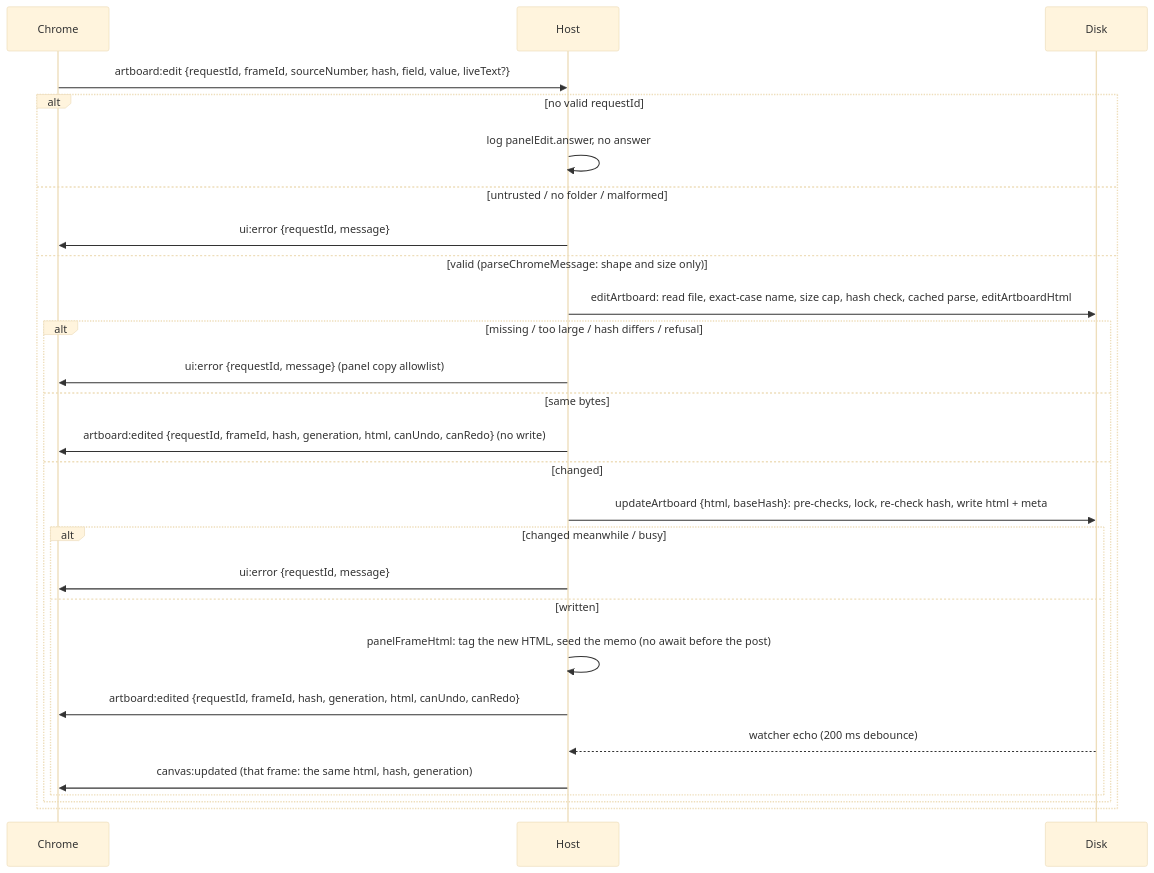
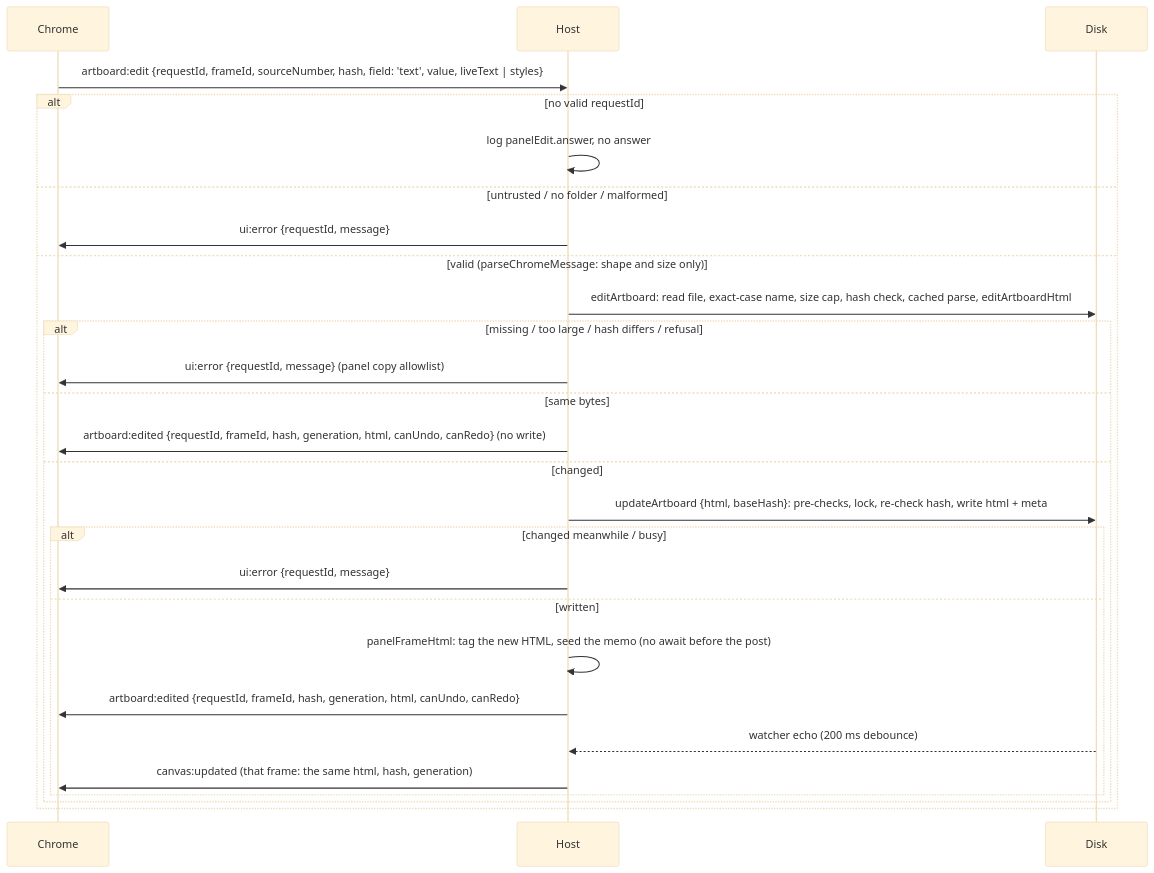
One commit to MarekBombera/cursor-design-extension changed the fifth of 14 diagrams in blueprint/context/system-map.md. Above: the diagram before and after it, drawn with Mermaid (base theme). The commit also changed other lines of this file and 42 other files, not shown here.

````diff
--- a/blueprint/context/system-map.md
+++ b/blueprint/context/system-map.md
@@ -215,29 +215,29 @@
 ```mermaid
 sequenceDiagram
   participant C as Chrome
   participant H as Host
   participant D as Disk
-  C->>H: artboard:edit {requestId, frameId, sourceNumber, hash, field, value, liveText?}
+  C->>H: artboard:edit {requestId, frameId, sourceNumber, hash, field: 'text', value, liveText | styles}
   alt no valid requestId
     H->>H: log panelEdit.answer, no answer
   else untrusted / no folder / malformed
     H->>C: ui:error {requestId, message}
   else valid (parseChromeMessage: shape and size only)
     H->>D: editArtboard: read file, exact-case name, size cap, hash check, cached parse, editArtboardHtml
     alt missing / too large / hash differs / refusal
       H->>C: ui:error {requestId, message} (panel copy allowlist)
     else same bytes
       H->>C: artboard:edited {requestId, frameId, hash, generation, html, canUndo, canRedo} (no write)
     else changed
       H->>D: updateArtboard {html, baseHash}: pre-checks, lock, re-check hash, write html + meta
       alt changed meanwhile / busy
         H->>C: ui:error {requestId, message}
       else written
         H->>H: panelFrameHtml: tag the new HTML, seed the memo (no await before the post)
         H->>C: artboard:edited {requestId, frameId, hash, generation, html, canUndo, canRedo}
         D-->>H: watcher echo (200 ms debounce)
         H->>C: canvas:updated (that frame: the same html, hash, generation)
       end
     end
   end
 ```
````
